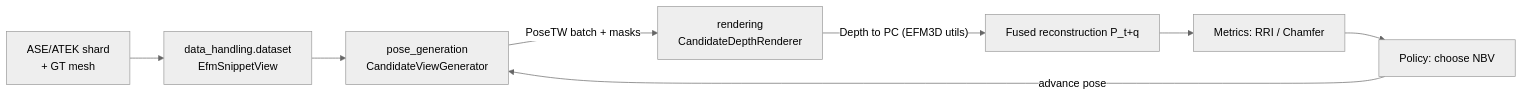
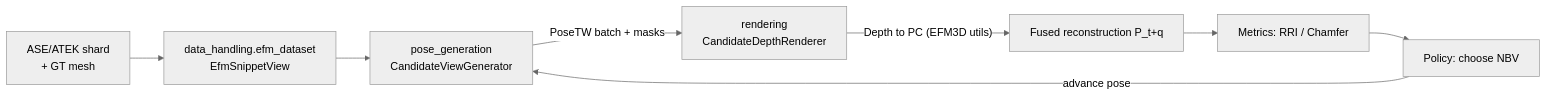
Before and after one commit to JanDuchscherer104/ARIA-NBV: the first of 2 diagrams in docs/contents/impl/aria_nbv_overview.qmd, drawn with Mermaid (neutral theme). The commit also changed other lines of this file and 20 other files, not shown here.

````diff
--- a/docs/contents/impl/aria_nbv_overview.qmd
+++ b/docs/contents/impl/aria_nbv_overview.qmd
@@ -34,10 +44,10 @@
 ```{mermaid}
 flowchart LR
-    A[ASE/ATEK shard<br/>+ GT mesh] --> B[data_handling.dataset<br/>EfmSnippetView]
+    A[ASE/ATEK shard<br/>+ GT mesh] --> B[data_handling.efm_dataset<br/>EfmSnippetView]
     B --> C[pose_generation<br/>CandidateViewGenerator]
     C -->|"PoseTW batch + masks"| D[rendering<br/>CandidateDepthRenderer]
     D -->|"Depth to PC (EFM3D utils)"| E[Fused reconstruction P_t+q]
     E --> F[Metrics: RRI / Chamfer]
     F --> G[Policy: choose NBV]
     G -->|"advance pose"| C
 ```
````
